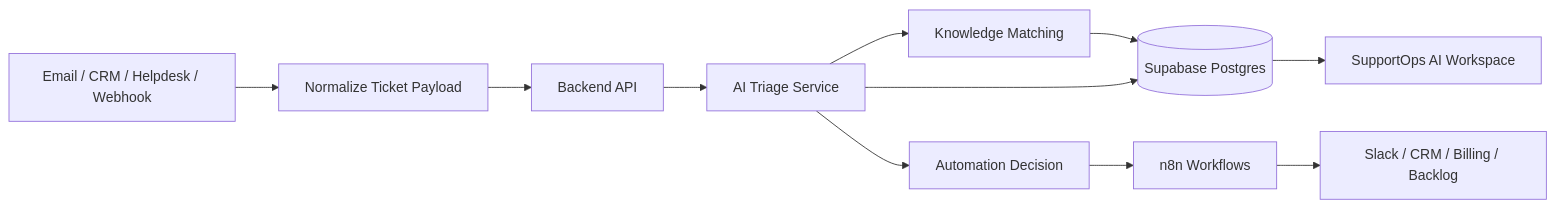
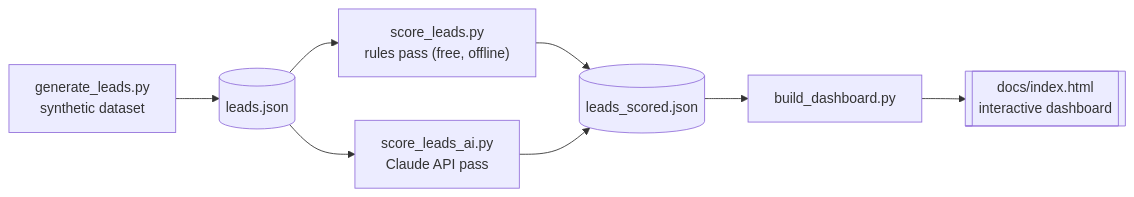
One commit to aceymagallanes/supportops-ai changed the third of 3 diagrams in README.md. Above: the diagram before and after it, drawn with Mermaid. The commit also changed other lines of this file and 12 other files, not shown here.

````diff
--- a/README.md
+++ b/README.md
@@ -305,13 +177,10 @@
 ```mermaid
 flowchart LR
-  A["Email / CRM / Helpdesk / Webhook"] --> B["Normalize Ticket Payload"]
-  B --> C["Backend API"]
-  C --> D["AI Triage Service"]
-  D --> E["Knowledge Matching"]
-  E --> F[("Supabase Postgres")]
-  D --> F
-  F --> G["SupportOps AI Workspace"]
-  D --> H["Automation Decision"]
-  H --> I["n8n Workflows"]
-  I --> J["Slack / CRM / Billing / Backlog"]
+  G["generate_leads.py<br/>synthetic dataset"] --> J[("leads.json")]
+  J --> R["score_leads.py<br/>rules pass (free, offline)"]
+  J --> AI["score_leads_ai.py<br/>Claude API pass"]
+  R --> JS[("leads_scored.json")]
+  AI --> JS
+  JS --> B["build_dashboard.py"]
+  B --> H[["docs/index.html<br/>interactive dashboard"]]
 ```
````
